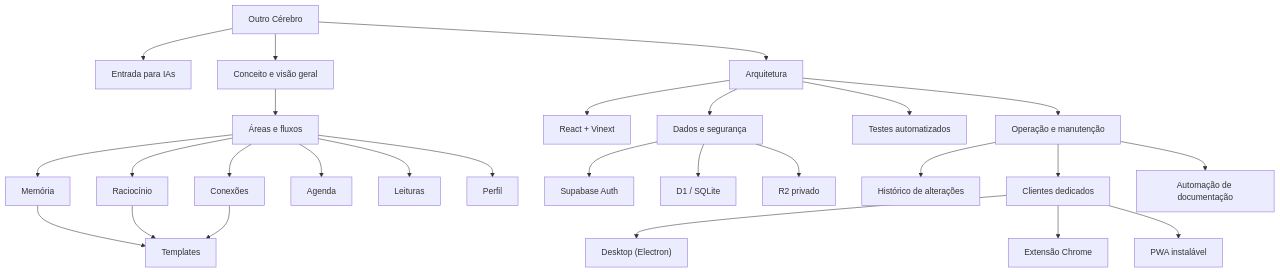
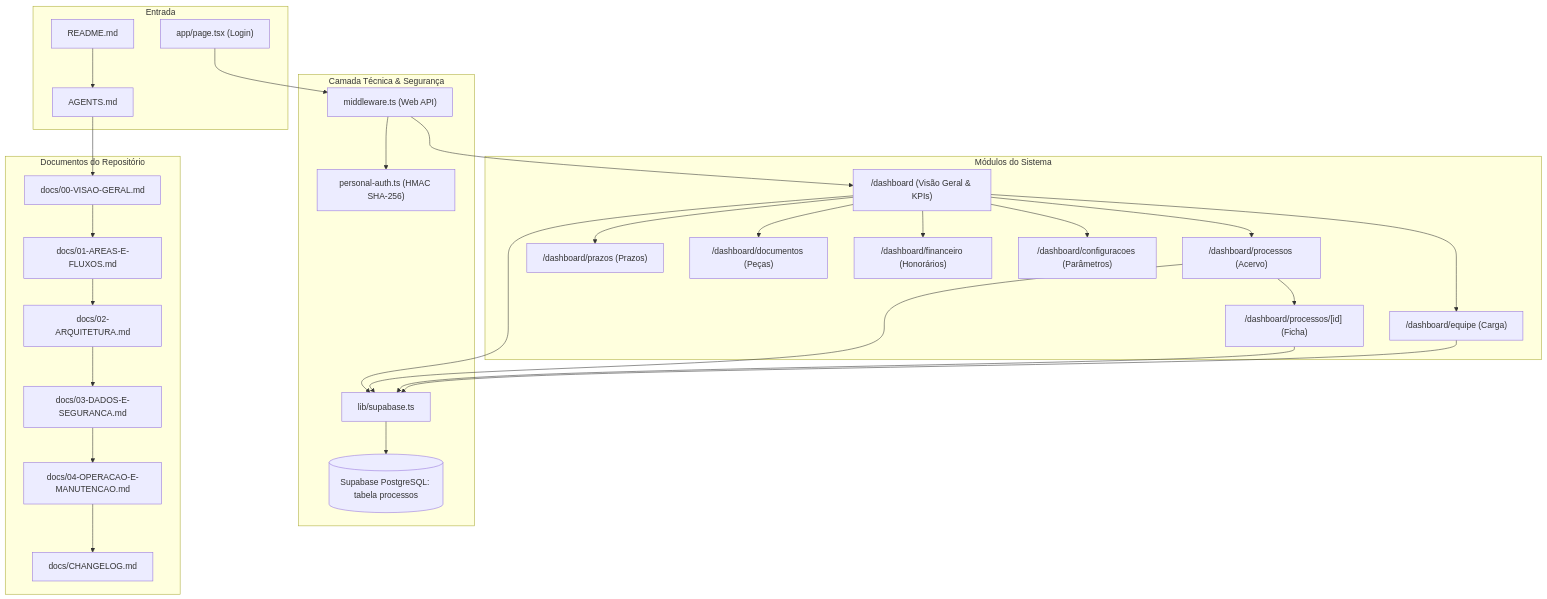
The diagram in docs/GRAFO-DA-DOCUMENTACAO.md (pablomaciel14/outrocerebro), drawn with Mermaid before and after one commit. The commit also changed other lines of this file and 6 other files, not shown here.

Commit message:
docs: update repository documentation to reflect legal management system, architecture, and focus theme

````diff
--- a/docs/GRAFO-DA-DOCUMENTACAO.md
+++ b/docs/GRAFO-DA-DOCUMENTACAO.md
@@ -7,77 +5,69 @@
 ```mermaid
 flowchart TD
-    ROOT["Outro Cérebro"]
-    AI["Entrada para IAs"]
-    CONCEPT["Conceito e visão geral"]
-    AREAS["Áreas e fluxos"]
-    ARCH["Arquitetura"]
-    DATA["Dados e segurança"]
-    OPS["Operação e manutenção"]
-    LOG["Histórico de alterações"]
+    subgraph Entrada
+        README["README.md"]
+        AGENTS["AGENTS.md"]
+        LOGIN["app/page.tsx (Login)"]
+    end
 
-    MEM["Memória"]
-    REASON["Raciocínio"]
-    LINKS["Conexões"]
-    CAL["Agenda"]
-    READ["Leituras"]
-    TPL["Templates"]
-    PERFIL["Perfil"]
+    subgraph Modulos["Módulos do Sistema"]
+        DASH["/dashboard (Visão Geral & KPIs)"]
+        PROC["/dashboard/processos (Acervo)"]
+        FICH["/dashboard/processos/[id] (Ficha)"]
+        EQUIP["/dashboard/equipe (Carga)"]
+        PRAZ["/dashboard/prazos (Prazos)"]
+        DOCS["/dashboard/documentos (Peças)"]
+        FIN["/dashboard/financeiro (Honorários)"]
+        CONF["/dashboard/configuracoes (Parâmetros)"]
+    end
 
-    AUTH["Supabase Auth"]
-    D1["D1 / SQLite"]
-    R2["R2 privado"]
-    UI["React + Vinext"]
-    TESTS["Testes automatizados"]
+    subgraph CamadaTecnica["Camada Técnica & Segurança"]
+        MID["middleware.ts (Web API)"]
+        AUTH["personal-auth.ts (HMAC SHA-256)"]
+        SUPA["lib/supabase.ts"]
+        POSTGRES[("Supabase PostgreSQL: tabela processos")]
+    end
 
-    CLIENTS["Clientes dedicados"]
-    DESKTOP["Desktop (Electron)"]
-    EXT["Extensão Chrome"]
-    PWA["PWA instalável"]
+    subgraph Documentacao["Documentos do Repositório"]
+        DOC0["docs/00-VISAO-GERAL.md"]
+        DOC1["docs/01-AREAS-E-FLUXOS.md"]
+        DOC2["docs/02-ARQUITETURA.md"]
+        DOC3["docs/03-DADOS-E-SEGURANCA.md"]
+        DOC4["docs/04-OPERACAO-E-MANUTENCAO.md"]
+        HIST["docs/CHANGELOG.md"]
+    end
 
-    HOOK["Automação de documentação"]
+    README --> AGENTS
+    AGENTS --> DOC0
+    DOC0 --> DOC1
+    DOC1 --> DOC2
+    DOC2 --> DOC3
+    DOC3 --> DOC4
+    DOC4 --> HIST
 
-    ROOT --> AI
-    ROOT --> CONCEPT
-    CONCEPT --> AREAS
-    AREAS --> MEM
-    AREAS --> REASON
-    AREAS --> LINKS
-    AREAS --> CAL
-    AREAS --> READ
-    AREAS --> PERFIL
-    MEM --> TPL
-    REASON --> TPL
-    LINKS --> TPL
-    ROOT --> ARCH
-    ARCH --> UI
-    ARCH --> DATA
-    ARCH --> TESTS
-    DATA --> AUTH
-    DATA --> D1
-    DATA --> R2
-    ARCH --> OPS
-    OPS --> LOG
-    OPS --> CLIENTS
-    CLIENTS --> DESKTOP
-    CLIENTS --> EXT
-    CLIENTS --> PWA
-    OPS --> HOOK
+    LOGIN --> MID
+    MID --> DASH
+    DASH --> PROC
+    PROC --> FICH
+    DASH --> EQUIP
+    DASH --> PRAZ
+    DASH --> DOCS
+    DASH --> FIN
+    DASH --> CONF
 
-    click AI "../AGENTS.md" "Abrir instruções para IAs"
-    click CONCEPT "./00-VISAO-GERAL.md" "Abrir visão geral"
-    click AREAS "./01-AREAS-E-FLUXOS.md" "Abrir áreas e fluxos"
-    click MEM "./01-AREAS-E-FLUXOS.md#memória" "Abrir Memória"
-    click REASON "./01-AREAS-E-FLUXOS.md#raciocínio" "Abrir Raciocínio"
-    click LINKS "./01-AREAS-E-FLUXOS.md#conexões" "Abrir Conexões"
-    click CAL "./01-AREAS-E-FLUXOS.md#agenda" "Abrir Agenda"
-    click READ "./01-AREAS-E-FLUXOS.md#leituras" "Abrir Leituras"
-    click TPL "./01-AREAS-E-FLUXOS.md#templates" "Abrir Templates"
-    click PERFIL "./01-AREAS-E-FLUXOS.md#perfil" "Abrir Perfil"
-    click ARCH "./02-ARQUITETURA.md" "Abrir arquitetura"
-    click DATA "./03-DADOS-E-SEGURANCA.md" "Abrir dados e segurança"
-    click TESTS "./02-ARQUITETURA.md#testes" "Abrir testes"
-    click OPS "./04-OPERACAO-E-MANUTENCAO.md" "Abrir operação"
-    click LOG "./CHANGELOG.md" "Abrir histórico"
-    click CLIENTS "./04-OPERACAO-E-MANUTENCAO.md#clientes-da-plataforma-desktop-extensão-e-mobile" "Abrir clientes dedicados"
-    click HOOK "./04-OPERACAO-E-MANUTENCAO.md#automação-de-documentação" "Abrir automação de documentação"
+    DASH --> SUPA
+    PROC --> SUPA
+    FICH --> SUPA
+    EQUIP --> SUPA
+    SUPA --> POSTGRES
+    MID --> AUTH
+
+    click README "./README.md" "Abrir README"
+    click AGENTS "./AGENTS.md" "Abrir AGENTS"
+    click DOC0 "./docs/00-VISAO-GERAL.md" "Abrir Visão Geral"
+    click DOC1 "./docs/01-AREAS-E-FLUXOS.md" "Abrir Áreas e Fluxos"
+    click DOC2 "./docs/02-ARQUITETURA.md" "Abrir Arquitetura"
+    click DOC3 "./docs/03-DADOS-E-SEGURANCA.md" "Abrir Dados e Segurança"
+    click DOC4 "./docs/04-OPERACAO-E-MANUTENCAO.md" "Abrir Operação"
+    click HIST "./docs/CHANGELOG.md" "Abrir Changelog"
 ```
````
